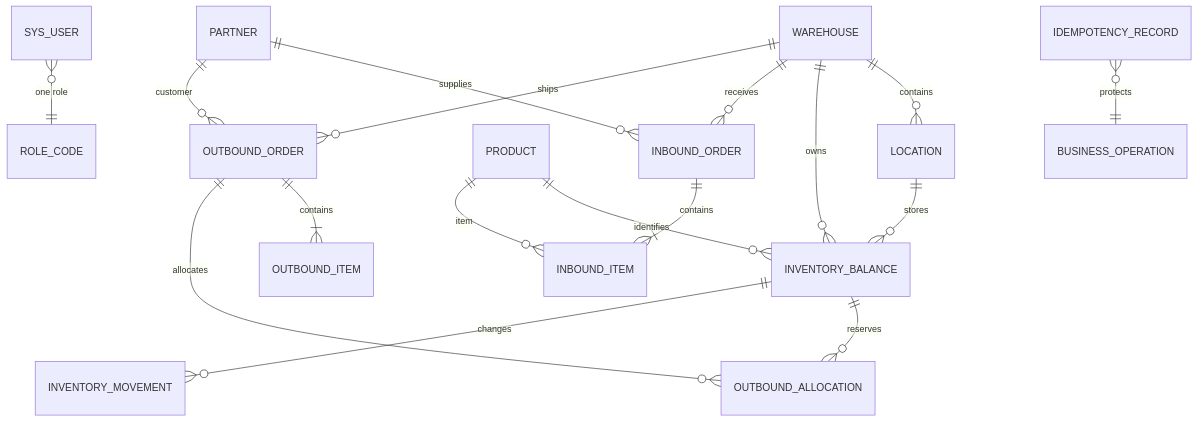
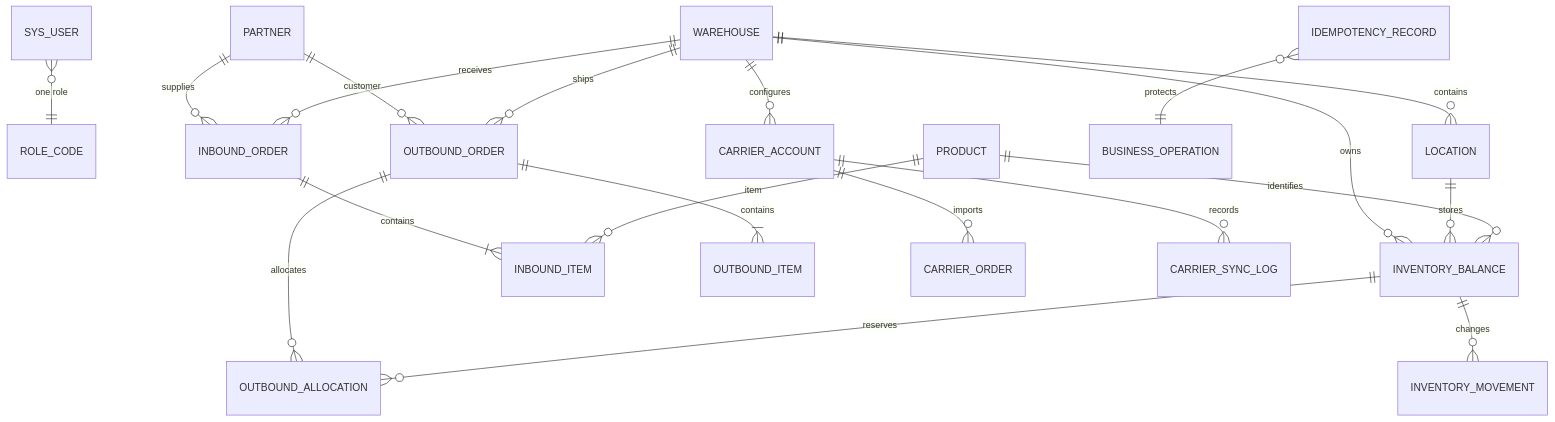
The diagram in docs/data-model.md (InInNHD/Logistics), drawn with Mermaid before and after one commit. The commit also changed other lines of this file and 29 other files, not shown here.

````diff
--- a/docs/data-model.md
+++ b/docs/data-model.md
@@ -14,19 +14,22 @@
 ```mermaid
 erDiagram
     SYS_USER }o--|| ROLE_CODE : "one role"
     WAREHOUSE ||--o{ LOCATION : contains
     WAREHOUSE ||--o{ INVENTORY_BALANCE : owns
     LOCATION ||--o{ INVENTORY_BALANCE : stores
     PRODUCT ||--o{ INVENTORY_BALANCE : identifies
     PARTNER ||--o{ INBOUND_ORDER : supplies
     WAREHOUSE ||--o{ INBOUND_ORDER : receives
     INBOUND_ORDER ||--|{ INBOUND_ITEM : contains
     PRODUCT ||--o{ INBOUND_ITEM : item
     PARTNER ||--o{ OUTBOUND_ORDER : customer
     WAREHOUSE ||--o{ OUTBOUND_ORDER : ships
     OUTBOUND_ORDER ||--|{ OUTBOUND_ITEM : contains
     OUTBOUND_ORDER ||--o{ OUTBOUND_ALLOCATION : allocates
     INVENTORY_BALANCE ||--o{ OUTBOUND_ALLOCATION : reserves
     INVENTORY_BALANCE ||--o{ INVENTORY_MOVEMENT : changes
     IDEMPOTENCY_RECORD }o--|| BUSINESS_OPERATION : protects
+    WAREHOUSE ||--o{ CARRIER_ACCOUNT : configures
+    CARRIER_ACCOUNT ||--o{ CARRIER_ORDER : imports
+    CARRIER_ACCOUNT ||--o{ CARRIER_SYNC_LOG : records
 ```
````
